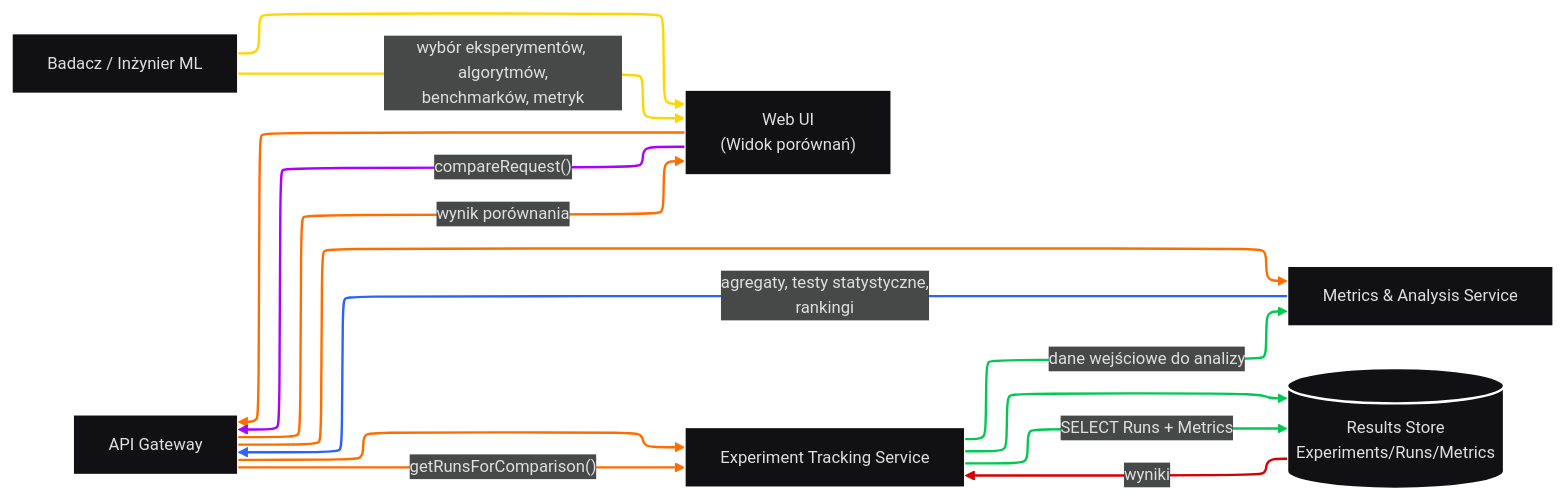
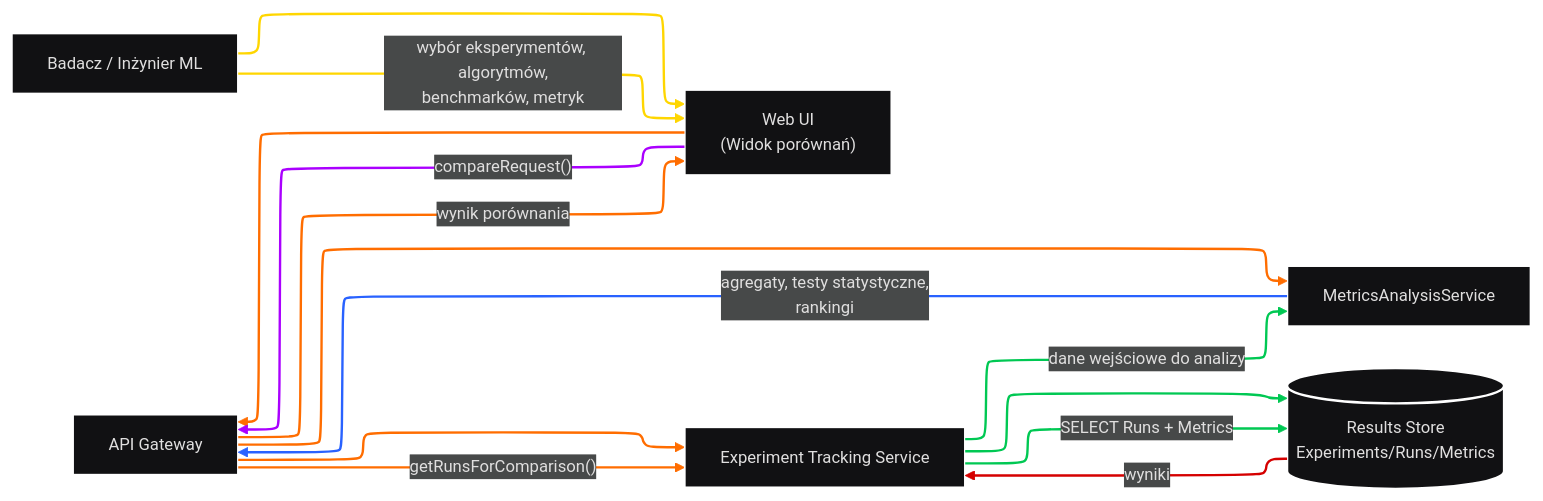
One commit to jedrzejpolaczek/aviarium.corvidae.corvus_corone changed diagram 15 of 35 in docs/system_c4_architecture.md. Above: the diagram before and after it, drawn with Mermaid. The commit also changed other lines of this file, not shown here.

````diff
--- a/docs/system_c4_architecture.md
+++ b/docs/system_c4_architecture.md
@@ -1312,33 +1706,33 @@
 ```mermaid
 ---
 config:
   theme: redux-dark
   layout: elk
 ---
 flowchart LR
     U["Badacz / Inżynier ML"] --> UI["Web UI\n(Widok porównań)"]
     UI --> API["API Gateway"]
-    API --> TRK["Experiment Tracking Service"] & ANAL["Metrics & Analysis Service"]
+    API --> TRK["Experiment Tracking Service"] & ANAL["MetricsAnalysisService"]
     TRK --> DB[("Results Store\nExperiments/Runs/Metrics")]
     U -- wybór eksperymentów, algorytmów,\nbenchmarków, metryk --> UI
     UI -- compareRequest() --> API
     API -- getRunsForComparison() --> TRK
     TRK -- SELECT Runs + Metrics --> DB
     DB -- wyniki --> TRK
     TRK -- dane wejściowe do analizy --> ANAL
     ANAL -- agregaty, testy statystyczne,\nrankingi --> API
     API -- wynik porównania --> UI
     linkStyle 0 stroke:#FFD600,fill:none
     linkStyle 1 stroke:#FF6D00,fill:none
     linkStyle 2 stroke:#FF6D00,fill:none
     linkStyle 3 stroke:#FF6D00,fill:none
     linkStyle 4 stroke:#00C853,fill:none
     linkStyle 5 stroke:#FFD600,fill:none
     linkStyle 6 stroke:#AA00FF
     linkStyle 7 stroke:#FF6D00,fill:none
     linkStyle 8 stroke:#00C853,fill:none
     linkStyle 9 stroke:#D50000,fill:none
     linkStyle 10 stroke:#00C853,fill:none
     linkStyle 11 stroke:#2962FF,fill:none
     linkStyle 12 stroke:#FF6D00,fill:none
 ```
````
